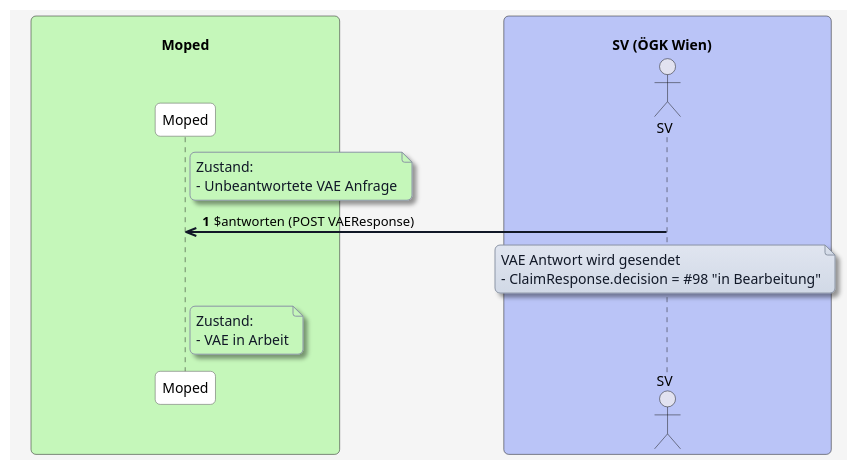
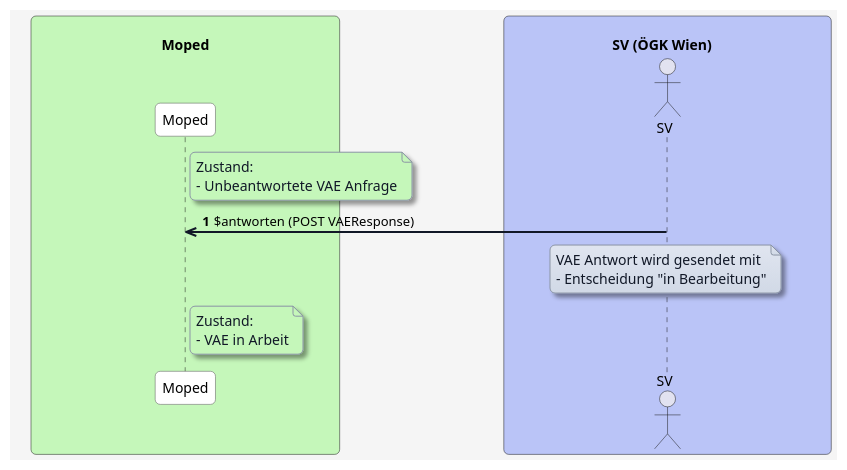
One commit to HL7Austria/ELGA-MOPED-R5 changed the diagram in input/images-source/Versichertenanspruchserklärung/antworten-in-arbeit.plantuml. Above: the diagram before and after it, drawn with PlantUML. The commit also changed 6 other files, not shown here.

```diff
--- a/input/images-source/Versichertenanspruchserklärung/antworten-in-arbeit.plantuml
+++ b/input/images-source/Versichertenanspruchserklärung/antworten-in-arbeit.plantuml
@@ -1,67 +1,67 @@
 @startuml
 skinparam borderColor #000000
 skinparam backgroundColor #f5f5f5
 skinparam shadowing false
 skinparam roundCorner 10
 skinparam defaultFontName "Arial"
 skinparam defaultFontSize 14
 skinparam defaultFontColor #000000
 
 skinparam note {
   BackgroundColor #e0e5f0-#d1d9e6
   BorderColor #8b95a5
   BorderThickness 1
   RoundCorner 8
   Padding 6
   FontColor #111827
   Shadowing true
 }
 
 skinparam HyperlinkColor #0000EE
 skinparam HyperlinkUnderline false
 
 skinparam sequence {
   ParticipantBorderColor #555555
   ParticipantBackgroundColor #ffffff
   ParticipantFontColor #000000
   ParticipantFontSize 14
   ParticipantPadding 20
   ArrowColor #111827
   ArrowThickness 2
   ArrowFontColor #000000
   ArrowFontSize 13
   GroupBorderColor #111827
   GroupBackgroundColor #f3f4f6
   GroupBorderThickness 1
 }
 
 skinparam BoxPadding 20
 skinparam BoxBorderColor #555555
 
 box "\n                                   Moped                                   " #c5f7ba
   participant MP as "Moped"
 end box
 
 box "\n                             SV (ÖGK Wien)                                " #bac4f7
   actor SV as "SV"
 end box
 
 autonumber
 
 note right of MP #c5f7ba
 Zustand:
 - Unbeantwortete VAE Anfrage
 end note
 
 SV ->> MP: $antworten (POST VAEResponse)
 note over SV
-VAE Antwort wird gesendet
-- ClaimResponse.decision = #98 "in Bearbeitung"
+VAE Antwort wird gesendet mit
+- Entscheidung "in Bearbeitung"
 end note
 
 note right of MP #c5f7ba
 Zustand:
 - VAE in Arbeit
 end note
 
 @enduml
```
